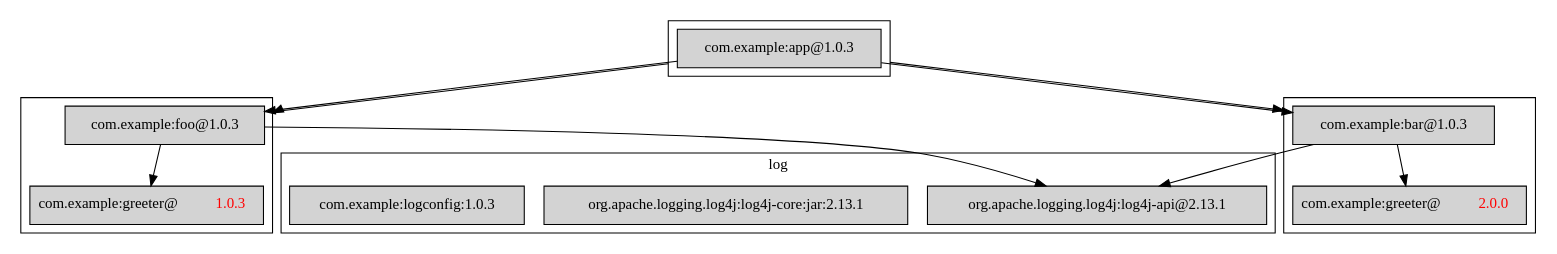
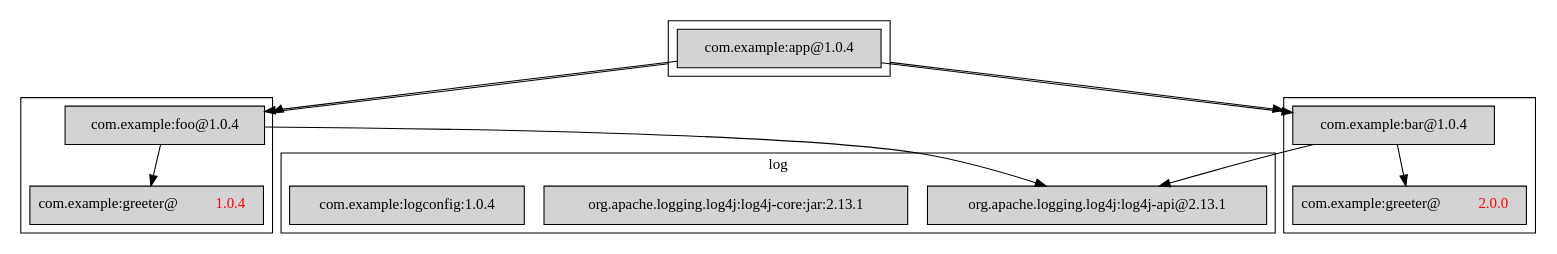
One commit to aalmiray/playground changed the diagram in images/example.dot. Above: the diagram before and after it, drawn with Graphviz. The commit also changed 9 other files, not shown here.

```diff
--- a/images/example.dot
+++ b/images/example.dot
@@ -1,45 +1,45 @@
 
 
 
 digraph "package dependencies"
 {
     node [shape=box]
     compound=true;
     
     subgraph cluster_log {
         node [style=filled];
     	"org.apache.logging.log4j:log4j-api@2.13.1"
     	"org.apache.logging.log4j:log4j-core:jar:2.13.1"
-        "com.example:logconfig:1.0.3"
+        "com.example:logconfig:1.0.4"
     	label = "log";
     }
     
     subgraph cluster_foo {
         node [style=filled];
         
         
-        "com.example:foo@1.0.3";
-        "com.example:greeter@1.0.3" [label=<com.example:greeter@<font color='red'>1.0.3</font>>];
+        "com.example:foo@1.0.4";
+        "com.example:greeter@1.0.4" [label=<com.example:greeter@<font color='red'>1.0.4</font>>];
         
-        "com.example:foo@1.0.3" -> "org.apache.logging.log4j:log4j-api@2.13.1";
-        "com.example:foo@1.0.3" -> "com.example:greeter@1.0.3";
+        "com.example:foo@1.0.4" -> "org.apache.logging.log4j:log4j-api@2.13.1";
+        "com.example:foo@1.0.4" -> "com.example:greeter@1.0.4";
     }
     
     subgraph cluster_bar {
         node [style=filled];
         
         "com.example:greeter@2.0.0" [label=<com.example:greeter@<font color='red'>2.0.0</font>>];
-        "com.example:bar@1.0.3" -> "org.apache.logging.log4j:log4j-api@2.13.1";
-        "com.example:bar@1.0.3" -> "com.example:greeter@2.0.0";
+        "com.example:bar@1.0.4" -> "org.apache.logging.log4j:log4j-api@2.13.1";
+        "com.example:bar@1.0.4" -> "com.example:greeter@2.0.0";
     }
     
     subgraph cluster_app {
         node [style=filled];
         
-        "com.example:app@1.0.3"  -> "com.example:foo@1.0.3";
-        "com.example:app@1.0.3"  -> "com.example:bar@1.0.3";
+        "com.example:app@1.0.4"  -> "com.example:foo@1.0.4";
+        "com.example:app@1.0.4"  -> "com.example:bar@1.0.4";
         
-        "com.example:app@1.0.3"  -> "com.example:foo@1.0.3" [ltail=cluster_app,lhead=cluster_foo];
-        "com.example:app@1.0.3"  -> "com.example:bar@1.0.3" [ltail=cluster_app,lhead=cluster_bar];
+        "com.example:app@1.0.4"  -> "com.example:foo@1.0.4" [ltail=cluster_app,lhead=cluster_foo];
+        "com.example:app@1.0.4"  -> "com.example:bar@1.0.4" [ltail=cluster_app,lhead=cluster_bar];
     }
 }
```
